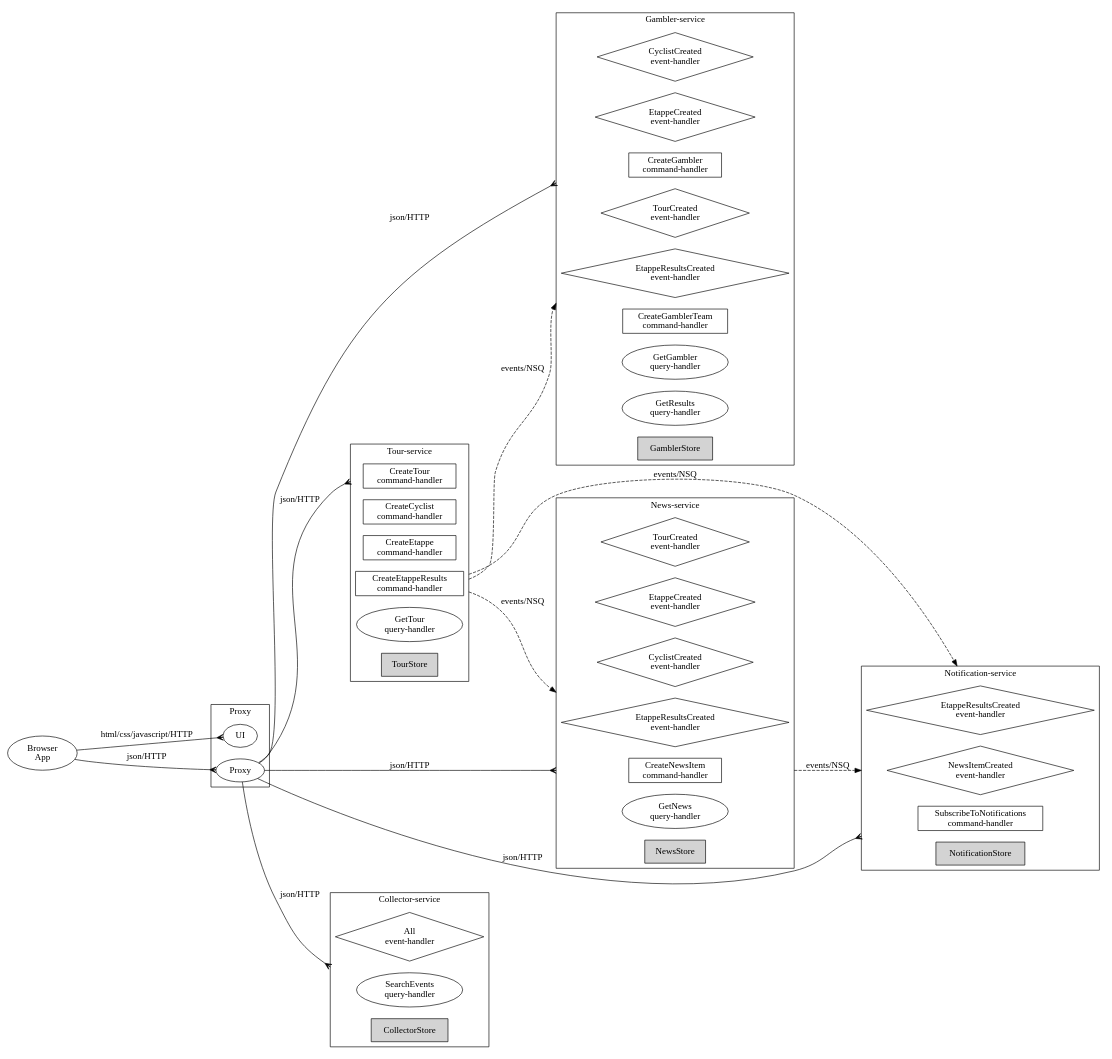
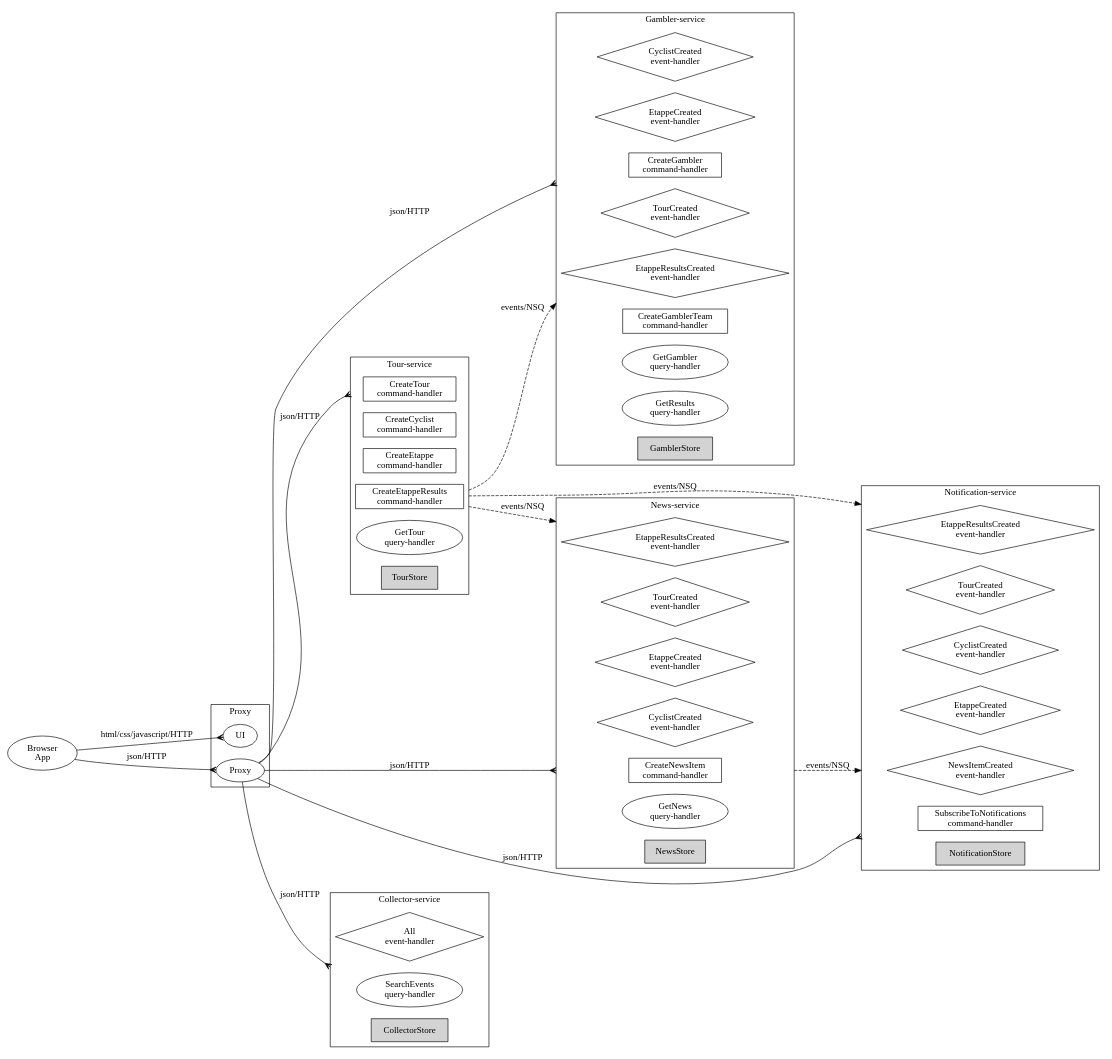
The diagram in tourApp/doc/graphviz.dot (MarcGrol/microgen), drawn with Graphviz before and after one commit. The commit also changed 7 other files, not shown here.

```diff
--- a/tourApp/doc/graphviz.dot
+++ b/tourApp/doc/graphviz.dot
@@ -86,13 +86,13 @@
 
 		// events
 		 
+			"NewsEtappeResultsCreated" [label="EtappeResultsCreated\nevent-handler", shape=diamond];
+		 
 			"NewsTourCreated" [label="TourCreated\nevent-handler", shape=diamond];
 		 
 			"NewsEtappeCreated" [label="EtappeCreated\nevent-handler", shape=diamond];
 		 
 			"NewsCyclistCreated" [label="CyclistCreated\nevent-handler", shape=diamond];
-		 
-			"NewsEtappeResultsCreated" [label="EtappeResultsCreated\nevent-handler", shape=diamond];
 		
 		// commands
 		
@@ -114,9 +114,15 @@
 
 		// events
 		 
+			"NotificationNewsItemCreated" [label="NewsItemCreated\nevent-handler", shape=diamond];
+		 
+			"NotificationTourCreated" [label="TourCreated\nevent-handler", shape=diamond];
+		 
+			"NotificationCyclistCreated" [label="CyclistCreated\nevent-handler", shape=diamond];
+		 
+			"NotificationEtappeCreated" [label="EtappeCreated\nevent-handler", shape=diamond];
+		 
 			"NotificationEtappeResultsCreated" [label="EtappeResultsCreated\nevent-handler", shape=diamond];
-		 
-			"NotificationNewsItemCreated" [label="NewsItemCreated\nevent-handler", shape=diamond];
 		
 		// commands
 		
@@ -195,10 +201,10 @@
 	"Proxy" -> "CollectorSearchEvents" [label="json/HTTP", lhead=clustercollector, arrowhead=crow];
 
 	// edges for events
+	"TourCreateEtappeResults" -> "NotificationEtappeResultsCreated" [label="events/NSQ", ltail="clustertour", lhead="clusternotification",style=dashed];
+	"NewsCreateNewsItem" -> "NotificationNewsItemCreated" [label="events/NSQ", ltail="clusternews", lhead="clusternotification",style=dashed];
 	"TourCreateEtappeResults" -> "GamblerEtappeResultsCreated" [label="events/NSQ", ltail="clustertour", lhead="clustergambler",style=dashed];
 	"TourCreateEtappeResults" -> "NewsEtappeResultsCreated" [label="events/NSQ", ltail="clustertour", lhead="clusternews",style=dashed];
-	"TourCreateEtappeResults" -> "NotificationEtappeResultsCreated" [label="events/NSQ", ltail="clustertour", lhead="clusternotification",style=dashed];
-	"NewsCreateNewsItem" -> "NotificationNewsItemCreated" [label="events/NSQ", ltail="clusternews", lhead="clusternotification",style=dashed];
 
 
 }
```
